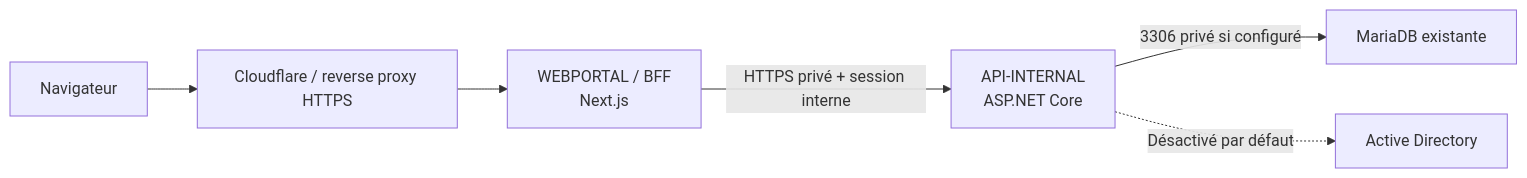
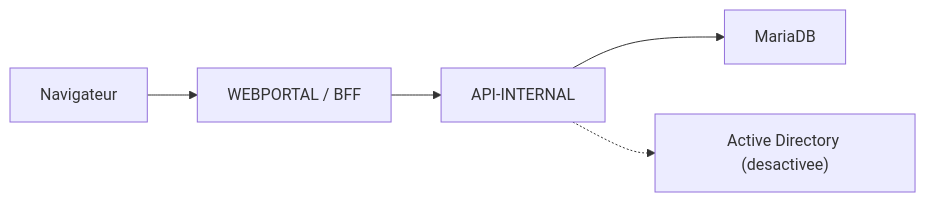
One commit to zhounsah/kermaria-client-platform changed the diagram in README.md. Above: the diagram before and after it, drawn with Mermaid. The commit also changed other lines of this file and 34 other files, not shown here.

````diff
--- a/README.md
+++ b/README.md
@@ -101,8 +37,7 @@
 ```mermaid
 flowchart LR
-    U["Navigateur"] --> RP["Cloudflare / reverse proxy HTTPS"]
-    RP --> WP["WEBPORTAL / BFF<br/>Next.js"]
-    WP -->|"HTTPS privé + session interne"| API["API-INTERNAL<br/>ASP.NET Core"]
-    API -->|"3306 privé si configuré"| DB["MariaDB existante"]
-    API -.->|"Désactivé par défaut"| AD["Active Directory"]
+    U["Navigateur"] --> WP["WEBPORTAL / BFF"]
+    WP --> API["API-INTERNAL"]
+    API --> DB["MariaDB"]
+    API -.-> AD["Active Directory (desactivee)"]
 ```
````
